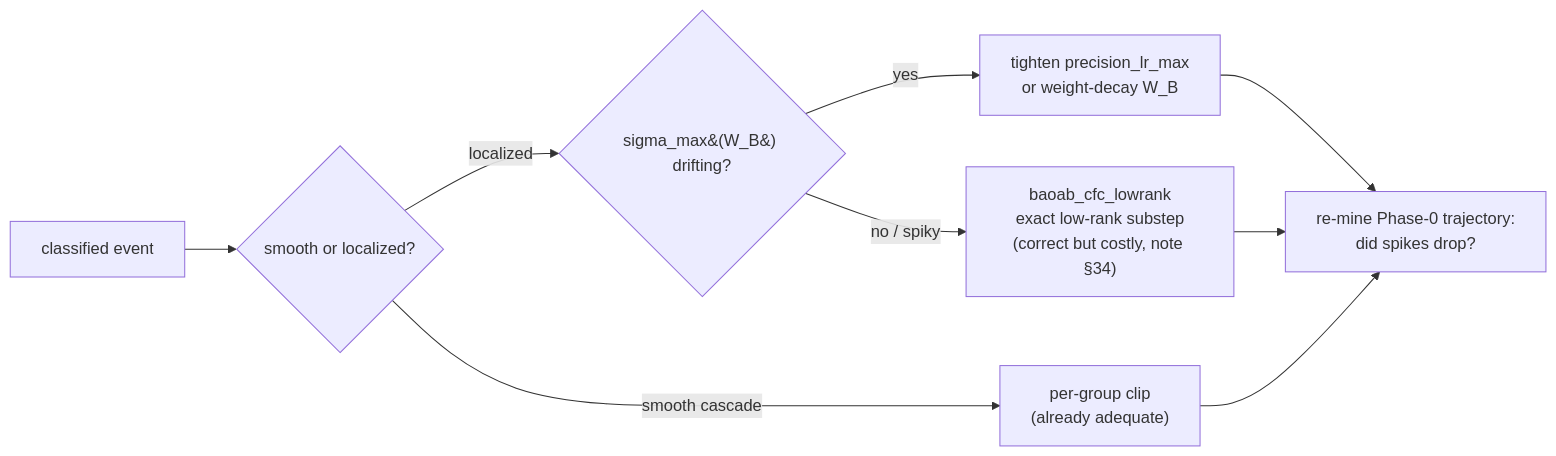
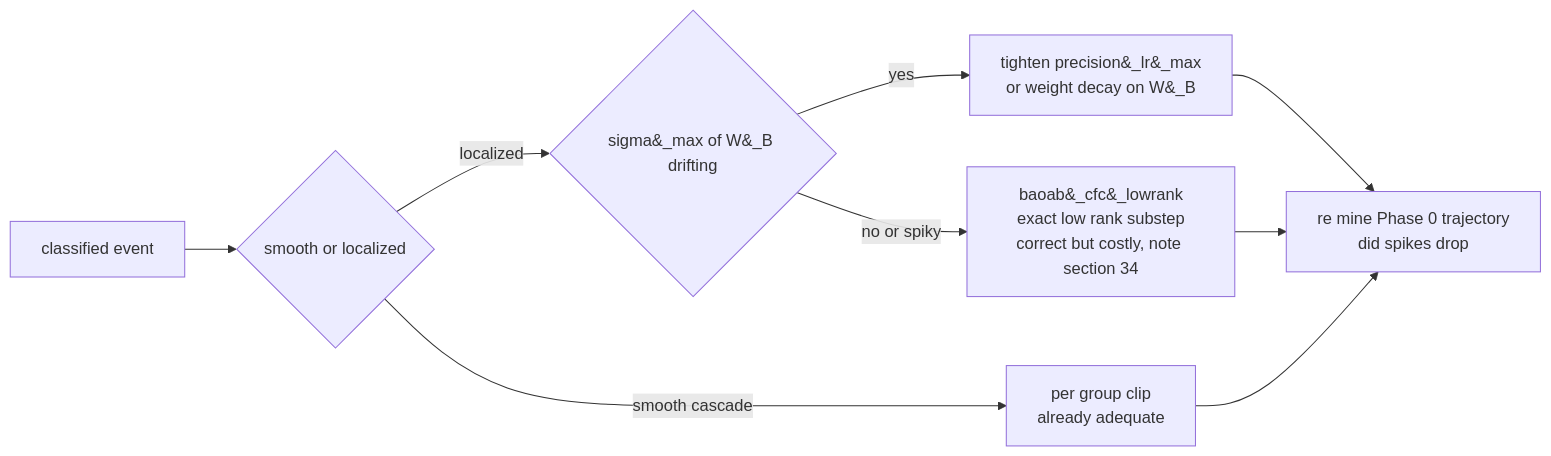
Before and after one commit to dimitarpg13/semsimula-paper: the third of 4 diagrams in companion_notes/Diagnostic_Programme_in_CfC_BAOAB_Integrator.md, drawn with Mermaid. The commit also changed other lines of this file, not shown here.

````diff
--- a/companion_notes/Diagnostic_Programme_in_CfC_BAOAB_Integrator.md
+++ b/companion_notes/Diagnostic_Programme_in_CfC_BAOAB_Integrator.md
@@ -501,11 +489,11 @@
 ```mermaid
 flowchart LR
-    C["classified event"] --> A{smooth or localized?}
-    A -->|smooth cascade| M1["per-group clip<br/>(already adequate)"]
-    A -->|localized| B{sigma_max&#40;W_B&#41; drifting?}
-    B -->|yes| M2["tighten precision_lr_max<br/>or weight-decay W_B"]
-    B -->|"no / spiky"| M3["baoab_cfc_lowrank<br/>exact low-rank substep<br/>(correct but costly, note §34)"]
-    M2 --> V["re-mine Phase-0 trajectory:<br/>did spikes drop?"]
+    C["classified event"] --> A{smooth or localized}
+    A -->|smooth cascade| M1["per group clip<br>already adequate"]
+    A -->|localized| B{"sigma&#95;max of W&#95;B drifting"}
+    B -->|yes| M2["tighten precision&#95;lr&#95;max<br>or weight decay on W&#95;B"]
+    B -->|no or spiky| M3["baoab&#95;cfc&#95;lowrank<br>exact low rank substep<br>correct but costly, note section 34"]
+    M2 --> V["re mine Phase 0 trajectory<br>did spikes drop"]
     M3 --> V
     M1 --> V
 ```
````
